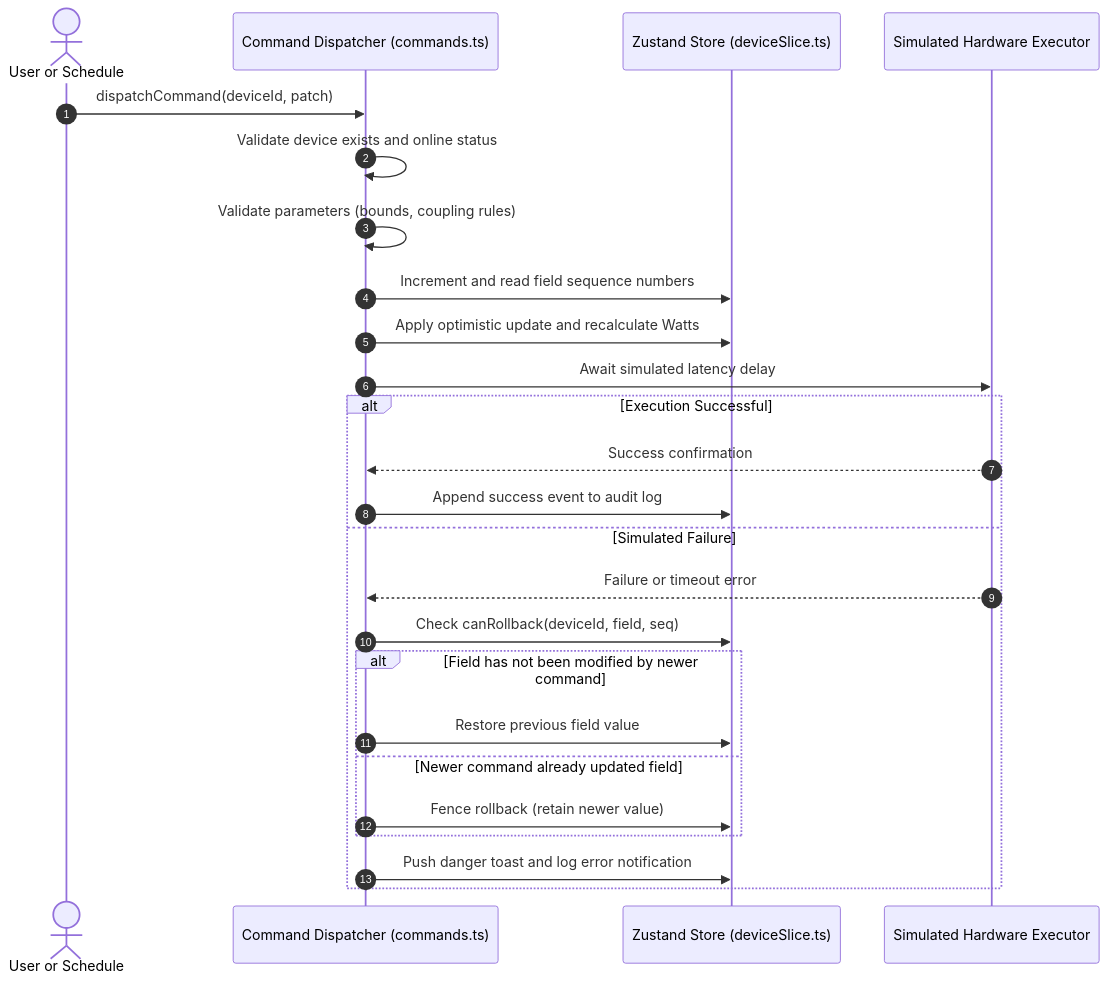
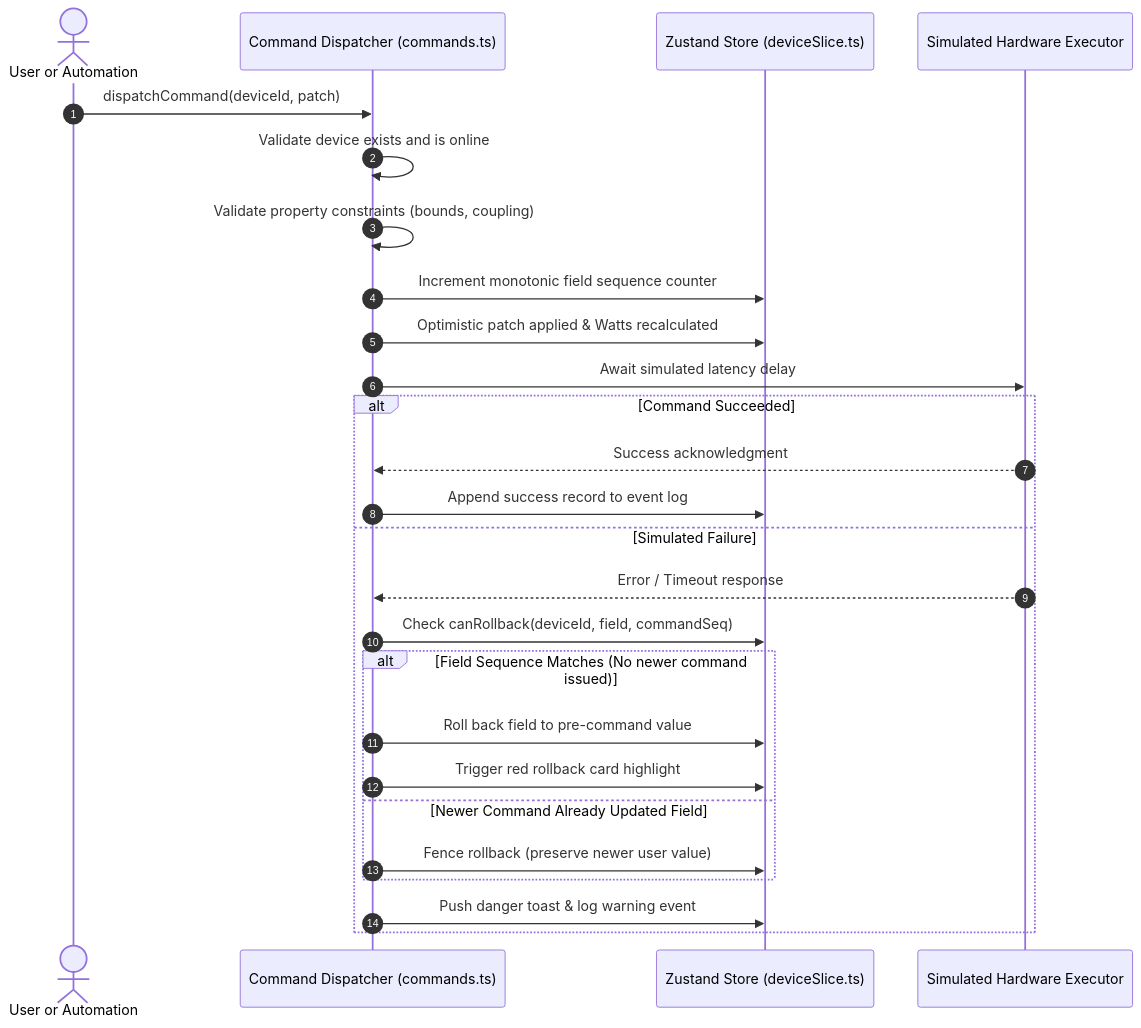
The third of 3 diagrams in README.md (shalinireddy67/Homie-SmartSpace), drawn with Mermaid before and after one commit. The commit also changed other lines of this file, not shown here.

````diff
--- a/README.md
+++ b/README.md
@@ -310,28 +272,29 @@
 ```mermaid
 sequenceDiagram
     autonumber
-    actor User as User or Schedule
+    actor User as User or Automation
     participant Dispatcher as Command Dispatcher (commands.ts)
     participant Store as Zustand Store (deviceSlice.ts)
     participant HW as Simulated Hardware Executor
 
     User->>Dispatcher: dispatchCommand(deviceId, patch)
-    Dispatcher->>Dispatcher: Validate device exists and online status
-    Dispatcher->>Dispatcher: Validate parameters (bounds, coupling rules)
-    Dispatcher->>Store: Increment and read field sequence numbers
-    Dispatcher->>Store: Apply optimistic update and recalculate Watts
+    Dispatcher->>Dispatcher: Validate device exists and is online
+    Dispatcher->>Dispatcher: Validate property constraints (bounds, coupling)
+    Dispatcher->>Store: Increment monotonic field sequence counter
+    Dispatcher->>Store: Optimistic patch applied & Watts recalculated
     Dispatcher->>HW: Await simulated latency delay
-    alt Execution Successful
-        HW-->>Dispatcher: Success confirmation
-        Dispatcher->>Store: Append success event to audit log
+    alt Command Succeeded
+        HW-->>Dispatcher: Success acknowledgment
+        Dispatcher->>Store: Append success record to event log
     else Simulated Failure
-        HW-->>Dispatcher: Failure or timeout error
-        Dispatcher->>Store: Check canRollback(deviceId, field, seq)
-        alt Field has not been modified by newer command
-            Dispatcher->>Store: Restore previous field value
-        else Newer command already updated field
-            Dispatcher->>Store: Fence rollback (retain newer value)
+        HW-->>Dispatcher: Error / Timeout response
+        Dispatcher->>Store: Check canRollback(deviceId, field, commandSeq)
+        alt Field Sequence Matches (No newer command issued)
+            Dispatcher->>Store: Roll back field to pre-command value
+            Dispatcher->>Store: Trigger red rollback card highlight
+        else Newer Command Already Updated Field
+            Dispatcher->>Store: Fence rollback (preserve newer user value)
         end
-        Dispatcher->>Store: Push danger toast and log error notification
+        Dispatcher->>Store: Push danger toast & log warning event
     end
 ```
````
